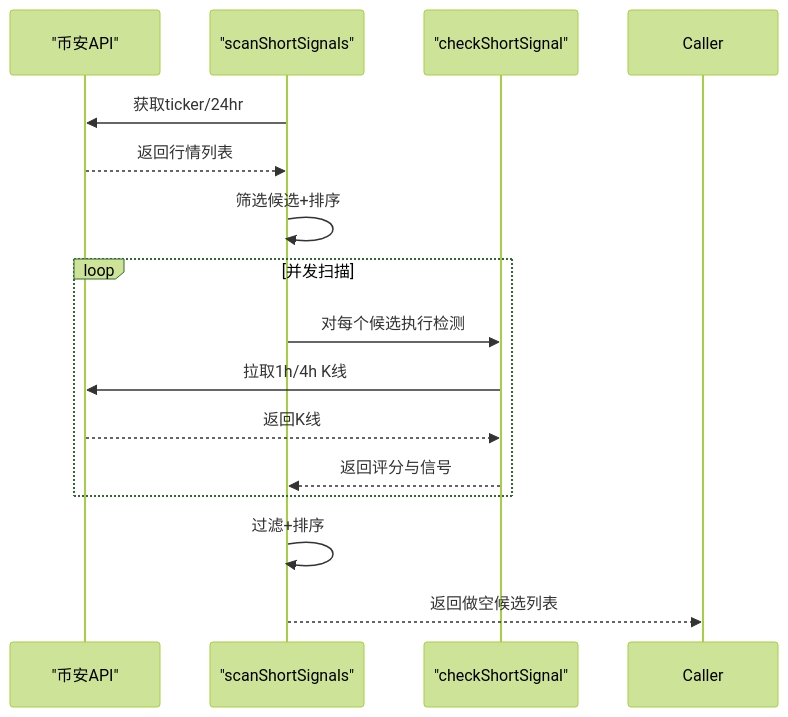
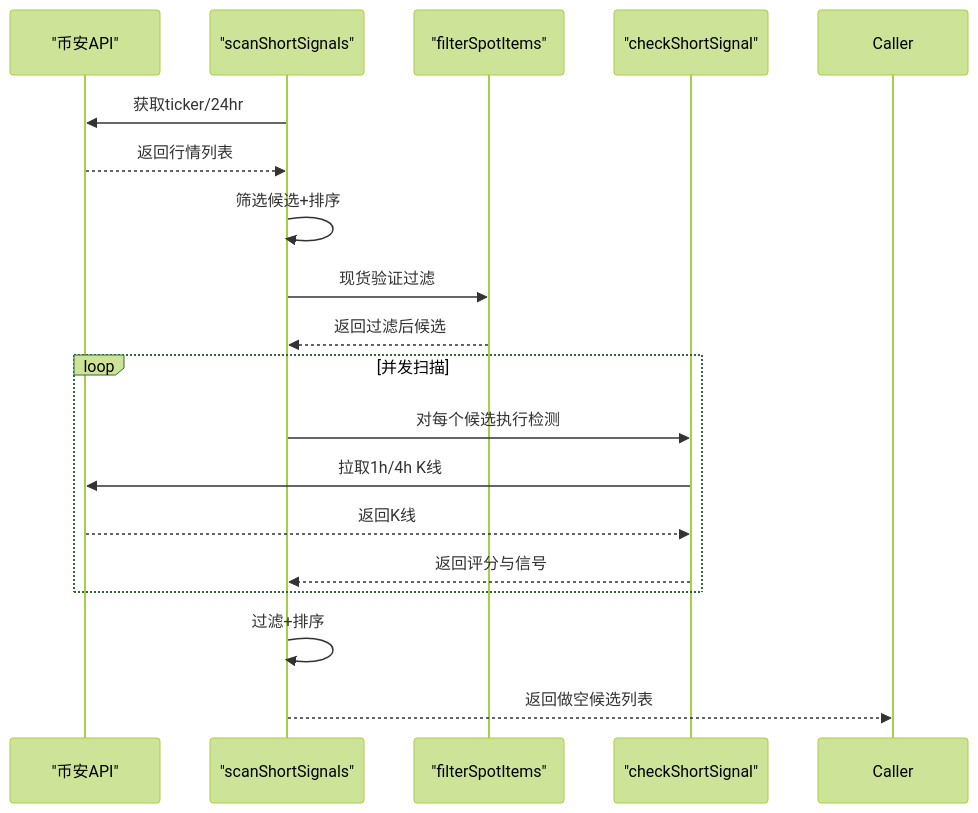
Before and after one commit to kekexilinan/BinaceSmart: the fifth of 6 diagrams in .qoder/repowiki/zh/content/核心功能模块/做空信号检测.md, drawn with Mermaid (forest theme). The commit also changed other lines of this file and 63 other files, not shown here.

````diff
--- a/.qoder/repowiki/zh/content/核心功能模块/做空信号检测.md
+++ b/.qoder/repowiki/zh/content/核心功能模块/做空信号检测.md
@@ -159,17 +238,20 @@
 ```mermaid
 sequenceDiagram
 participant API as "币安API"
 participant Scan as "scanShortSignals"
+participant Spot as "filterSpotItems"
 participant Check as "checkShortSignal"
 Scan->>API : 获取ticker/24hr
 API-->>Scan : 返回行情列表
 Scan->>Scan : 筛选候选+排序
+Scan->>Spot : 现货验证过滤
+Spot-->>Scan : 返回过滤后候选
 loop 并发扫描
 Scan->>Check : 对每个候选执行检测
 Check->>API : 拉取1h/4h K线
 API-->>Check : 返回K线
 Check-->>Scan : 返回评分与信号
 end
 Scan->>Scan : 过滤+排序
 Scan-->>Caller : 返回做空候选列表
 ```
````
